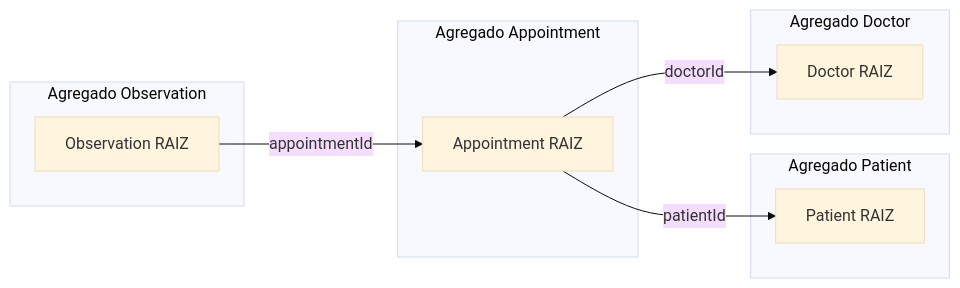
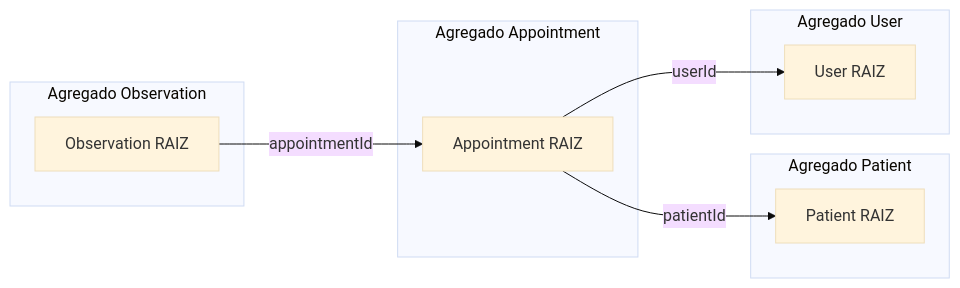
One commit to engproduct/nestjs-planner-api changed the diagram in docs/domain.md. Above: the diagram before and after it, drawn with Mermaid (base theme). The commit also changed other lines of this file and 3 other files, not shown here.

Commit message:
docs: adding user entity with role doctor

````diff
--- a/docs/domain.md
+++ b/docs/domain.md
@@ -149,23 +166,23 @@
 ```mermaid
 flowchart LR
 
   subgraph patientAgg [Agregado Patient]
     Patient[Patient RAIZ]
   end
 
-  subgraph doctorAgg [Agregado Doctor]
-    Doctor[Doctor RAIZ]
+  subgraph userAgg [Agregado User]
+    User[User RAIZ]
   end
 
   subgraph appointmentAgg [Agregado Appointment]
     Appointment[Appointment RAIZ]
   end
 
   subgraph observationAgg [Agregado Observation]
     Observation[Observation RAIZ]
   end
 
   Appointment -->|patientId| Patient
-  Appointment -->|doctorId| Doctor
+  Appointment -->|userId| User
   Observation -->|appointmentId| Appointment
 ```
````
